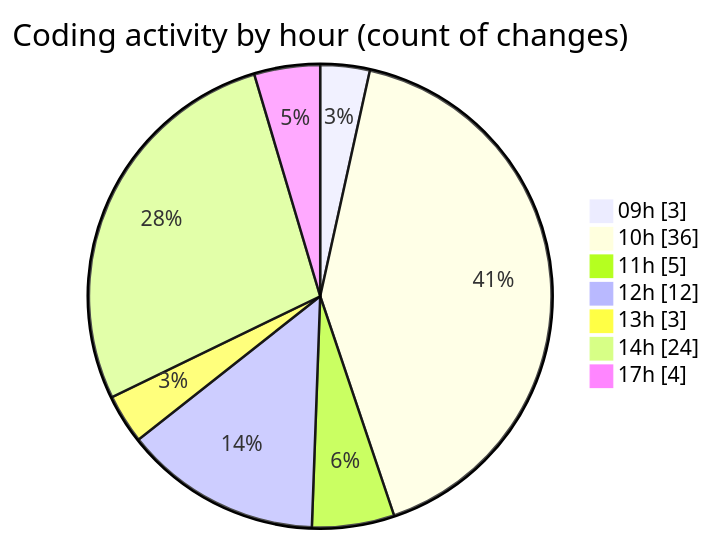
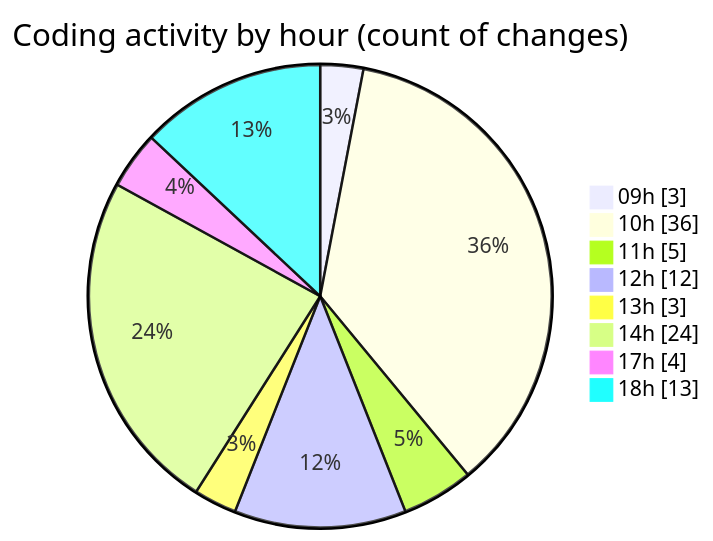
The second of 2 diagrams in 2026-02-17/cda/README.md (momahboobian/code-tracking), drawn with Mermaid before and after one commit. The commit also changed other lines of this file and 1 other file, not shown here.

````diff
--- a/2026-02-17/cda/README.md
+++ b/2026-02-17/cda/README.md
@@ -45,11 +59,12 @@
 ```mermaid
 pie showData
 title Coding activity by hour (count of changes)
 "09h" : 3
 "10h" : 36
 "11h" : 5
 "12h" : 12
 "13h" : 3
 "14h" : 24
 "17h" : 4
+"18h" : 13
 ```
````
